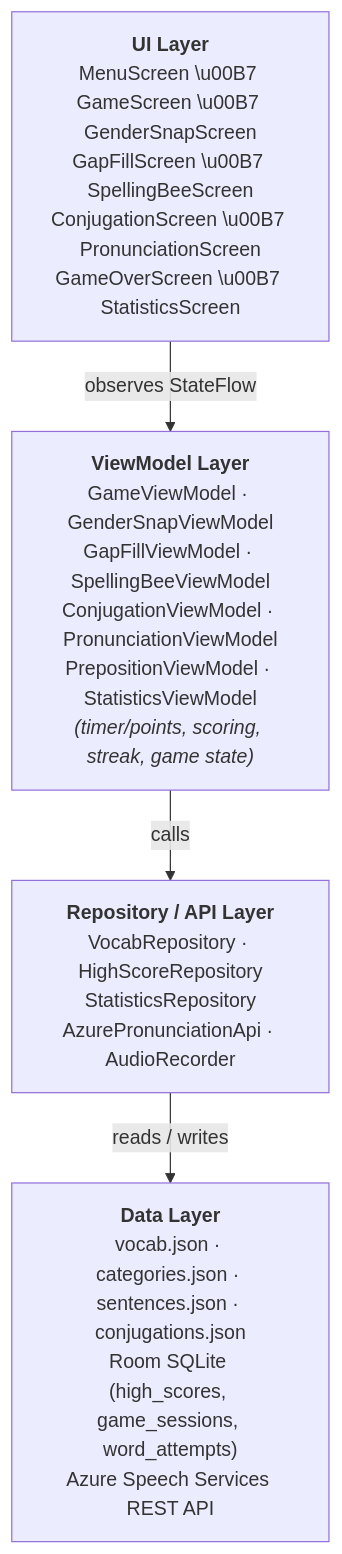
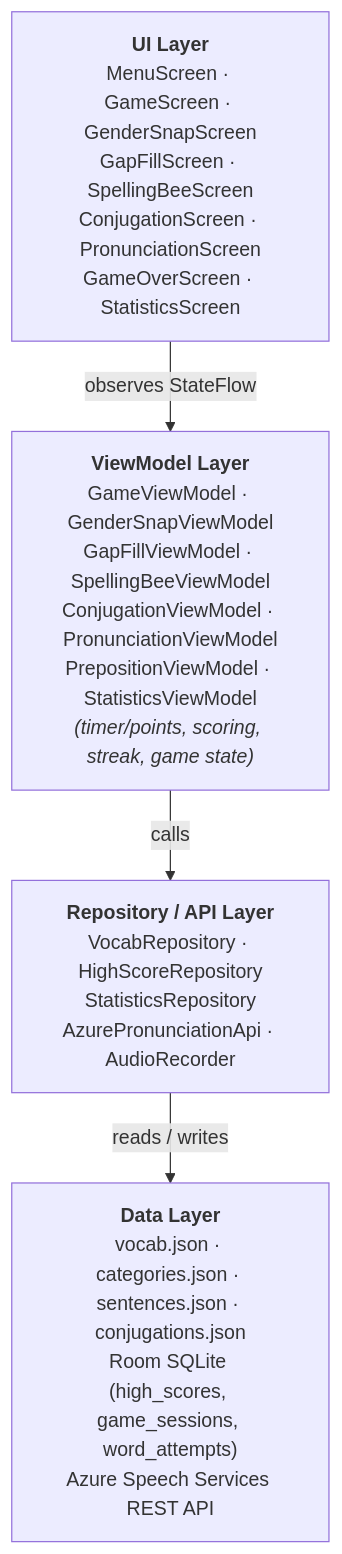
One commit to florianow/hubert changed the diagram in README.md. Above: the diagram before and after it, drawn with Mermaid. The commit also changed other lines of this file, not shown here.

````diff
--- a/README.md
+++ b/README.md
@@ -341,11 +341,11 @@
 ```mermaid
 graph TD
-    UI["<b>UI Layer</b><br/>MenuScreen \u00B7 GameScreen \u00B7 GenderSnapScreen<br/>GapFillScreen \u00B7 SpellingBeeScreen<br/>ConjugationScreen \u00B7 PronunciationScreen<br/>GameOverScreen \u00B7 StatisticsScreen"]
+    UI["<b>UI Layer</b><br/>MenuScreen · GameScreen · GenderSnapScreen<br/>GapFillScreen · SpellingBeeScreen<br/>ConjugationScreen · PronunciationScreen<br/>GameOverScreen · StatisticsScreen"]
     VM["<b>ViewModel Layer</b><br/>GameViewModel · GenderSnapViewModel<br/>GapFillViewModel · SpellingBeeViewModel<br/>ConjugationViewModel · PronunciationViewModel<br/>PrepositionViewModel · StatisticsViewModel<br/><i>(timer/points, scoring, streak, game state)</i>"]
     REPO["<b>Repository / API Layer</b><br/>VocabRepository · HighScoreRepository<br/>StatisticsRepository<br/>AzurePronunciationApi · AudioRecorder"]
     DATA["<b>Data Layer</b><br/>vocab.json · categories.json · sentences.json · conjugations.json<br/>Room SQLite (high_scores, game_sessions, word_attempts)<br/>Azure Speech Services REST API"]
 
     UI -- "observes StateFlow" --> VM
     VM -- "calls" --> REPO
     REPO -- "reads / writes" --> DATA
 ```
````
